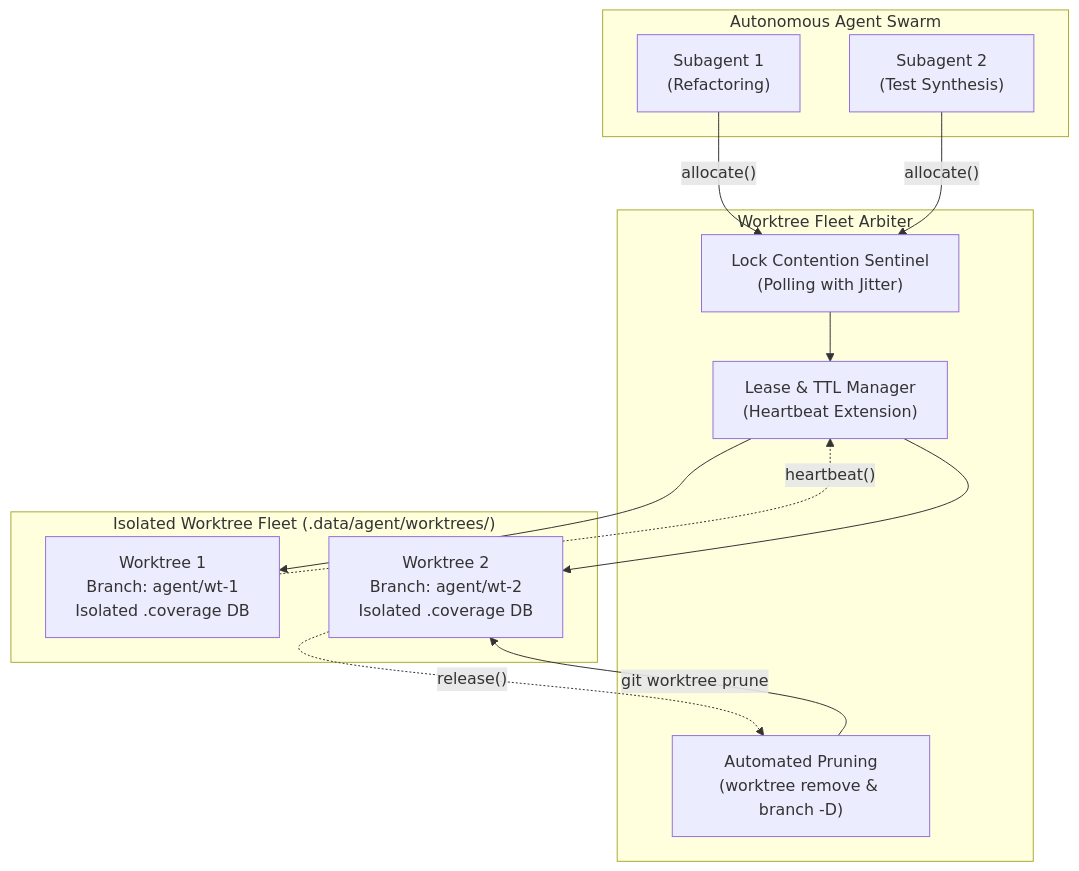
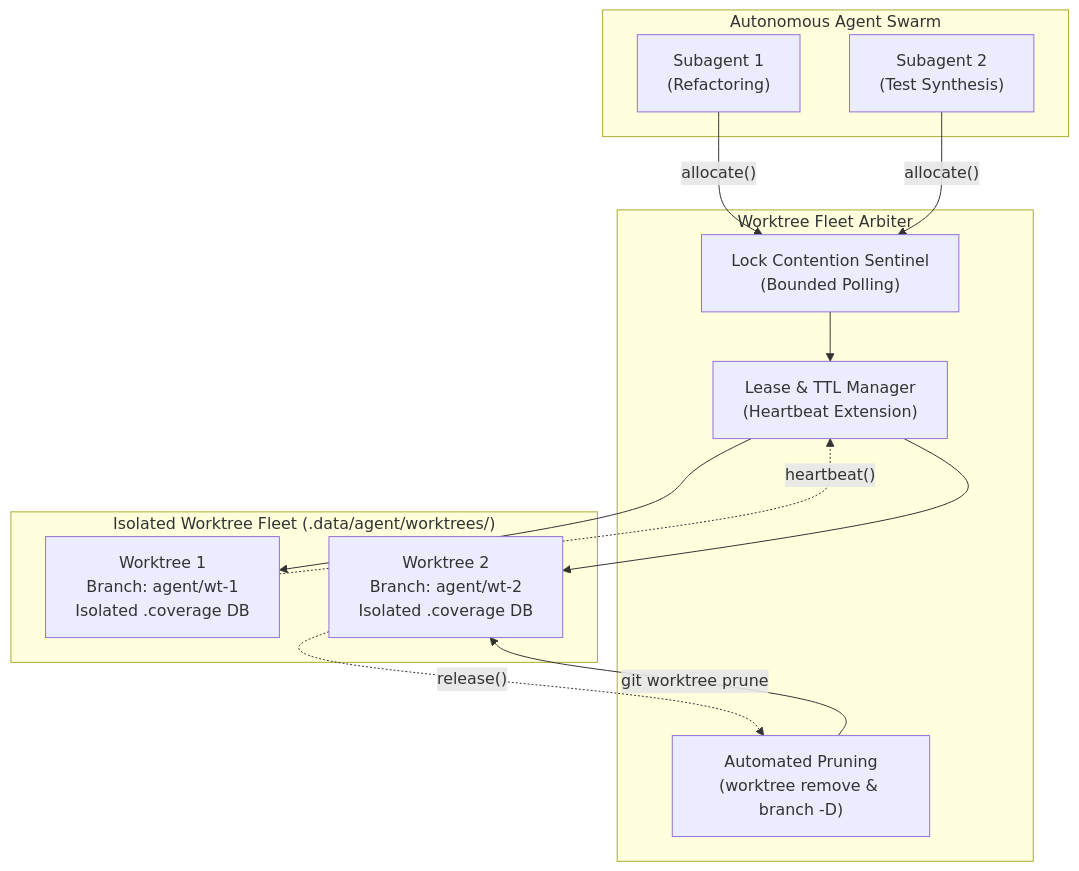
The diagram in patterns/collision-free-worktree-fleet-allocation.md (dan-petty/vibes), drawn with Mermaid before and after one commit. The commit also changed other lines of this file and 248 other files, not shown here.

````diff
--- a/patterns/collision-free-worktree-fleet-allocation.md
+++ b/patterns/collision-free-worktree-fleet-allocation.md
@@ -31,27 +31,27 @@
 ```mermaid
 flowchart TD
     subgraph Swarm ["Autonomous Agent Swarm"]
         A1["Subagent 1<br/>(Refactoring)"]
         A2["Subagent 2<br/>(Test Synthesis)"]
     end
 
     subgraph Arbiter ["Worktree Fleet Arbiter"]
-        LockCheck["Lock Contention Sentinel<br/>(Polling with Jitter)"]
+        LockCheck["Lock Contention Sentinel<br/>(Bounded Polling)"]
         LeaseManager["Lease & TTL Manager<br/>(Heartbeat Extension)"]
         Reclamation["Automated Pruning<br/>(worktree remove & branch -D)"]
     end
 
     subgraph Worktrees ["Isolated Worktree Fleet (.data/agent/worktrees/)"]
         WT1["Worktree 1<br/>Branch: agent/wt-1<br/>Isolated .coverage DB"]
         WT2["Worktree 2<br/>Branch: agent/wt-2<br/>Isolated .coverage DB"]
     end
 
     A1 -->|"allocate()"| LockCheck
     A2 -->|"allocate()"| LockCheck
     LockCheck --> LeaseManager
     LeaseManager --> WT1
     LeaseManager --> WT2
     WT1 -.->|"heartbeat()"| LeaseManager
     WT2 -.->|"release()"| Reclamation
     Reclamation -->|"git worktree prune"| WT2
 ```
````
